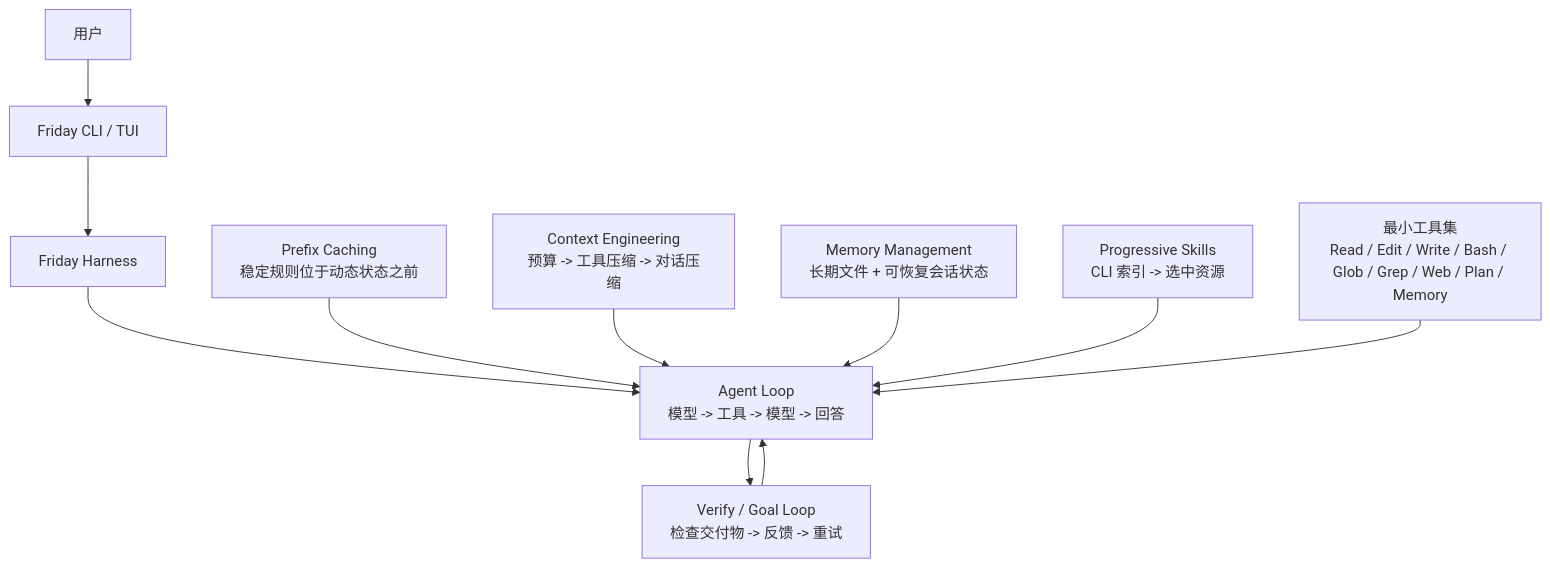
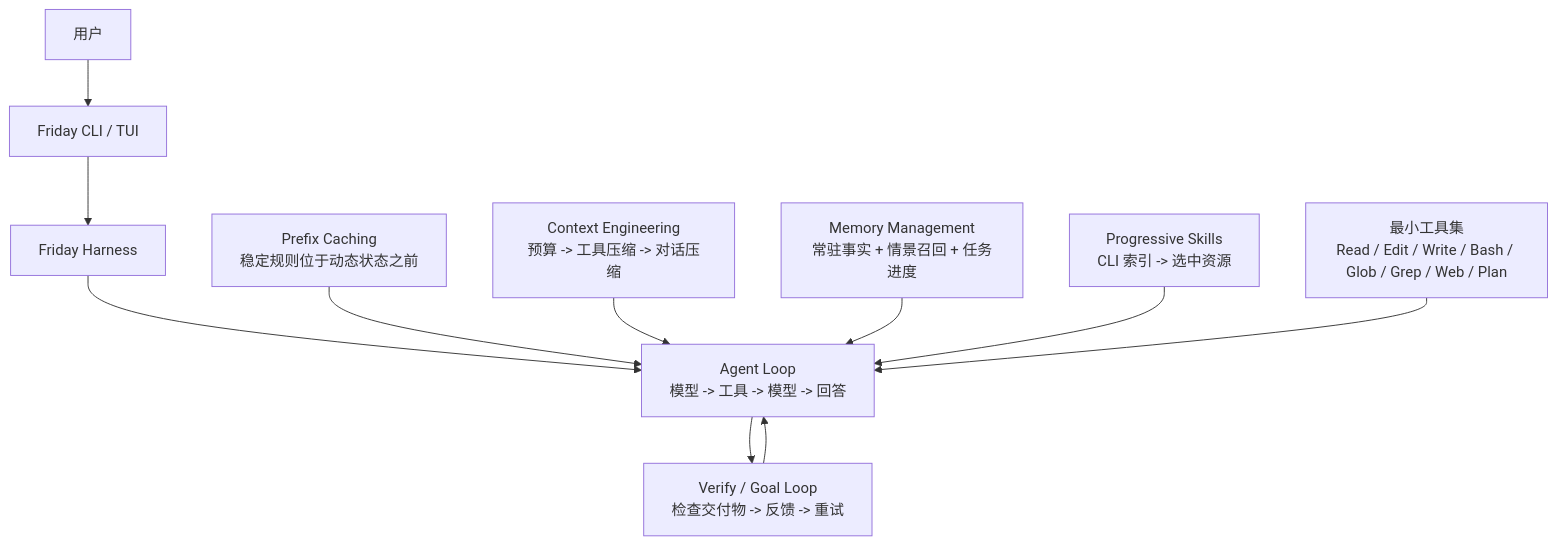
One commit to Lancetwang/friday changed the diagram in README.zh-CN.md. Above: the diagram before and after it, drawn with Mermaid. The commit also changed other lines of this file and 22 other files, not shown here.

````diff
--- a/README.zh-CN.md
+++ b/README.zh-CN.md
@@ -45,15 +45,15 @@
 ```mermaid
 flowchart TD
     User["用户"] --> Surface["Friday CLI / TUI"]
     Surface --> Harness["Friday Harness"]
 
     Harness --> AgentLoop["Agent Loop<br/>模型 -> 工具 -> 模型 -> 回答"]
     AgentLoop --> OuterLoop["Verify / Goal Loop<br/>检查交付物 -> 反馈 -> 重试"]
     OuterLoop --> AgentLoop
 
     Prefix["Prefix Caching<br/>稳定规则位于动态状态之前"] --> AgentLoop
     Context["Context Engineering<br/>预算 -> 工具压缩 -> 对话压缩"] --> AgentLoop
-    Memory["Memory Management<br/>长期文件 + 可恢复会话状态"] --> AgentLoop
+    Memory["Memory Management<br/>常驻事实 + 情景召回 + 任务进度"] --> AgentLoop
     Skills["Progressive Skills<br/>CLI 索引 -> 选中资源"] --> AgentLoop
-    Tools["最小工具集<br/>Read / Edit / Write / Bash / Glob / Grep / Web / Plan / Memory"] --> AgentLoop
+    Tools["最小工具集<br/>Read / Edit / Write / Bash / Glob / Grep / Web / Plan"] --> AgentLoop
 ```
````
